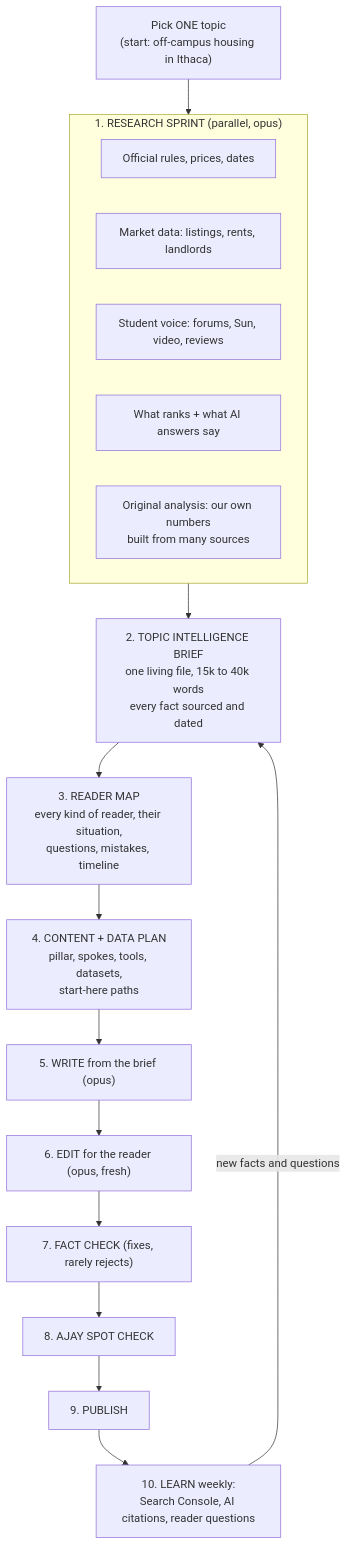
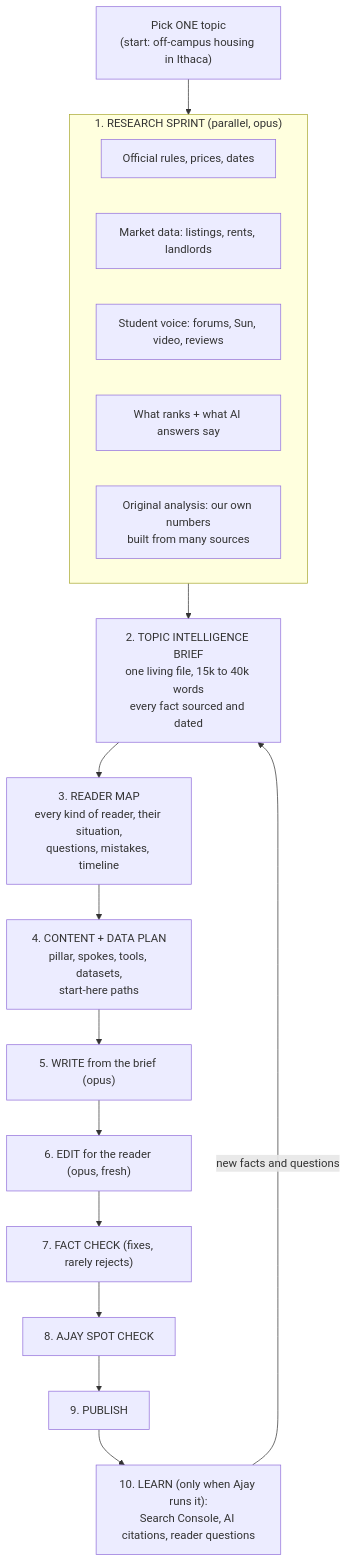
The diagram in docs/v3/spec.md (ajaysharma2044/campus-publication), drawn with Mermaid before and after one commit. The commit also changed other lines of this file, not shown here.

````diff
--- a/docs/v3/spec.md
+++ b/docs/v3/spec.md
@@ -17,21 +17,21 @@
 ```mermaid
 flowchart TD
   T["Pick ONE topic<br/>(start: off-campus housing in Ithaca)"] --> R
   subgraph R["1. RESEARCH SPRINT (parallel, opus)"]
     R1["Official rules, prices, dates"]
     R2["Market data: listings, rents, landlords"]
     R3["Student voice: forums, Sun, video, reviews"]
     R4["What ranks + what AI answers say"]
     R5["Original analysis: our own numbers<br/>built from many sources"]
   end
   R --> B["2. TOPIC INTELLIGENCE BRIEF<br/>one living file, 15k to 40k words<br/>every fact sourced and dated"]
   B --> U["3. READER MAP<br/>every kind of reader, their situation,<br/>questions, mistakes, timeline"]
   U --> P["4. CONTENT + DATA PLAN<br/>pillar, spokes, tools, datasets,<br/>start-here paths"]
   P --> W["5. WRITE from the brief (opus)"]
   W --> E["6. EDIT for the reader (opus, fresh)"]
   E --> C["7. FACT CHECK (fixes, rarely rejects)"]
   C --> A["8. AJAY SPOT CHECK"]
   A --> PUB["9. PUBLISH"]
-  PUB --> L["10. LEARN weekly:<br/>Search Console, AI citations, reader questions"]
+  PUB --> L["10. LEARN (only when Ajay runs it):<br/>Search Console, AI citations, reader questions"]
   L -->|new facts and questions| B
 ```
````
